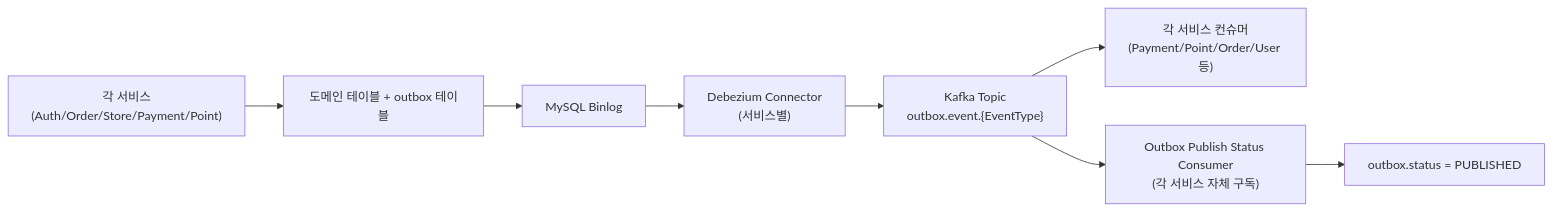
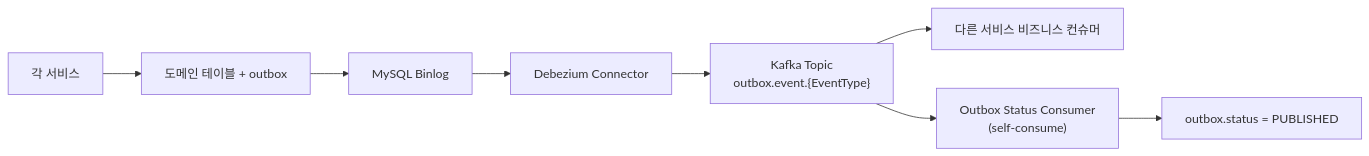
The diagram in docs/infra/kafka-debezium.md (aekiori/AekioriEats), drawn with Mermaid before and after one commit. The commit also changed other lines of this file and 8 other files, not shown here.

````diff
--- a/docs/infra/kafka-debezium.md
+++ b/docs/infra/kafka-debezium.md
@@ -17,10 +19,13 @@
 ```mermaid
 flowchart LR
-    A["각 서비스\n(Auth/Order/Store/Payment/Point)"] --> B["도메인 테이블 + outbox 테이블"]
+    A["각 서비스"] --> B["도메인 테이블 + outbox"]
     B --> C["MySQL Binlog"]
-    C --> D["Debezium Connector\n(서비스별)"]
+    C --> D["Debezium Connector"]
     D --> E["Kafka Topic\noutbox.event.{EventType}"]
-    E --> F["각 서비스 컨슈머\n(Payment/Point/Order/User 등)"]
-    E --> G["Outbox Publish Status Consumer\n(각 서비스 자체 구독)"]
+
+    E --> F["다른 서비스 비즈니스 컨슈머"]
+    E --> G["Outbox Status Consumer\n(self-consume)"]
+
     G --> H["outbox.status = PUBLISHED"]
+
 ```
````
